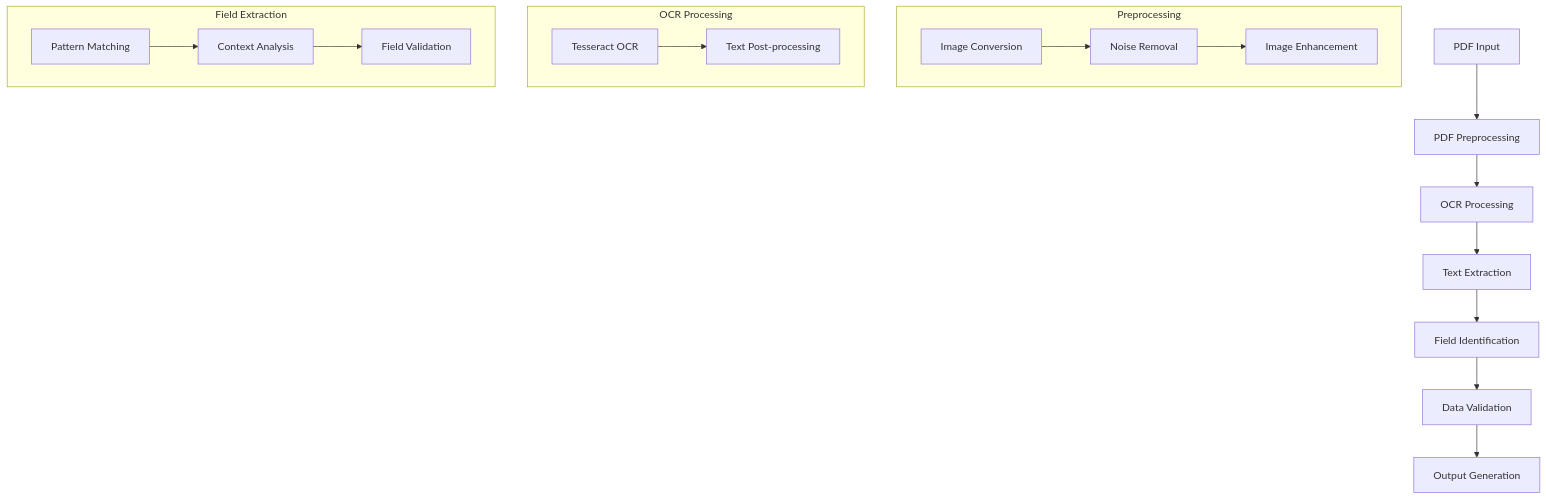
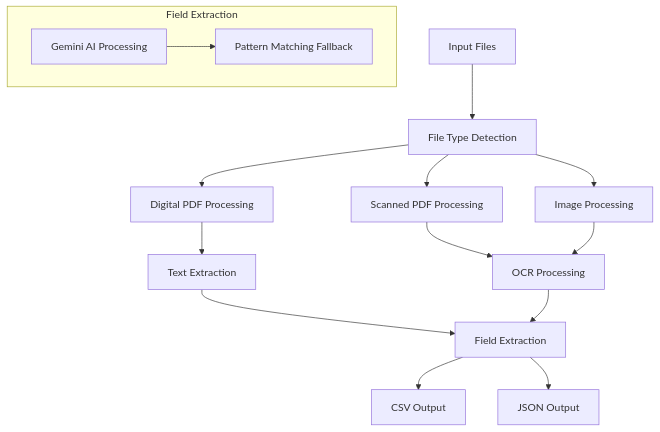
The diagram in README.md (yashawanthgb/Exctracting_Fields-from-invoices), drawn with Mermaid before and after one commit. The commit also changed other lines of this file, not shown here.

````diff
--- a/README.md
+++ b/README.md
@@ -15,23 +7,18 @@
 ```mermaid
 graph TD
-    A[PDF Input] --> B[PDF Preprocessing]
-    B --> C[OCR Processing]
-    C --> D[Text Extraction]
-    D --> E[Field Identification]
-    E --> F[Data Validation]
-    F --> G[Output Generation]
-    
-    subgraph "Preprocessing"
-    B1[Image Conversion] --> B2[Noise Removal]
-    B2 --> B3[Image Enhancement]
-    end
-    
-    subgraph "OCR Processing"
-    C1[Tesseract OCR] --> C2[Text Post-processing]
-    end
+    A[Input Files] --> B[File Type Detection]
+    B --> C1[Digital PDF Processing]
+    B --> C2[Scanned PDF Processing]
+    B --> C3[Image Processing]
+    C1 --> D[Text Extraction]
+    C2 --> E[OCR Processing]
+    C3 --> E
+    D --> F[Field Extraction]
+    E --> F
+    F --> G1[CSV Output]
+    F --> G2[JSON Output]
     
     subgraph "Field Extraction"
-    E1[Pattern Matching] --> E2[Context Analysis]
-    E2 --> E3[Field Validation]
+    F1[Gemini AI Processing] --> F2[Pattern Matching Fallback]
     end
 ```
````
